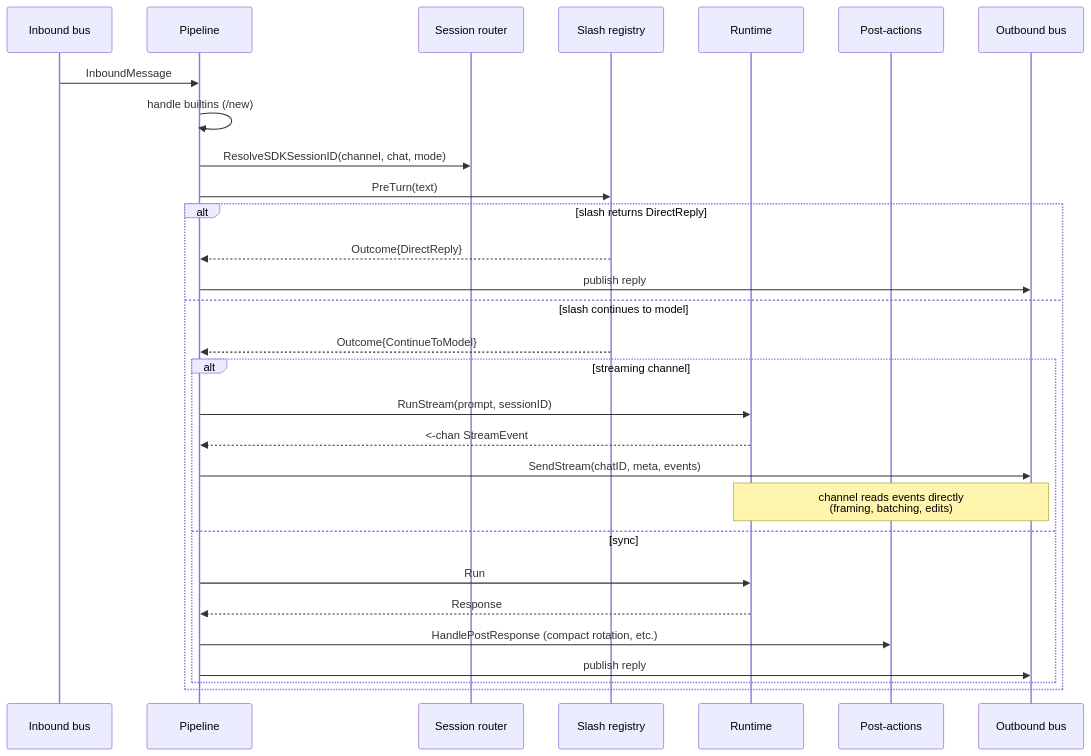
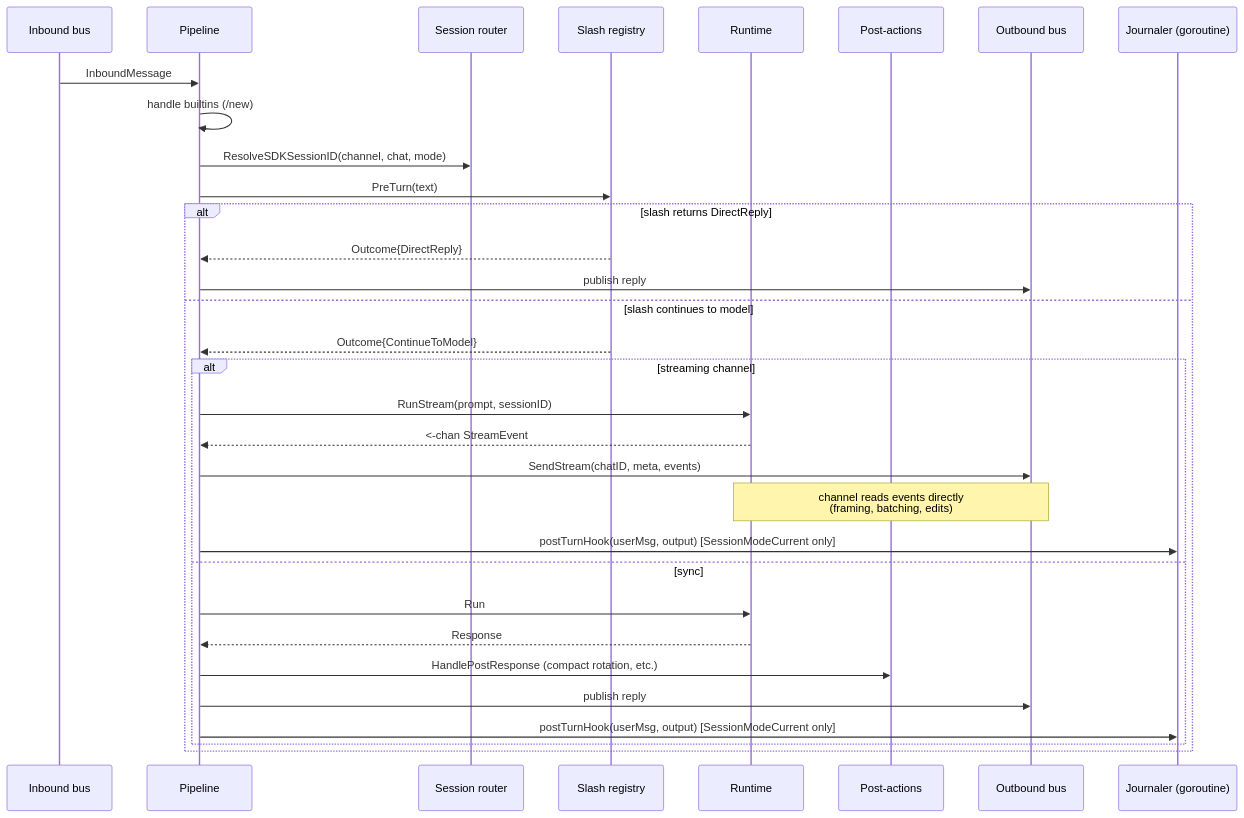
The diagram in docs/concepts/pipeline.md (ageneralai/maven), drawn with Mermaid before and after one commit. The commit also changed other lines of this file and 2 other files, not shown here.

````diff
--- a/docs/concepts/pipeline.md
+++ b/docs/concepts/pipeline.md
@@ -23,31 +23,34 @@
 ```mermaid
 sequenceDiagram
     participant Bus as Inbound bus
     participant P as Pipeline
     participant Sess as Session router
     participant Slash as Slash registry
     participant RT as Runtime
     participant Post as Post-actions
     participant Out as Outbound bus
+    participant J as Journaler (goroutine)
     Bus->>P: InboundMessage
     P->>P: handle builtins (/new)
     P->>Sess: ResolveSDKSessionID(channel, chat, mode)
     P->>Slash: PreTurn(text)
     alt slash returns DirectReply
         Slash-->>P: Outcome{DirectReply}
         P->>Out: publish reply
     else slash continues to model
         Slash-->>P: Outcome{ContinueToModel}
         alt streaming channel
             P->>RT: RunStream(prompt, sessionID)
             RT-->>P: <-chan StreamEvent
             P->>Out: SendStream(chatID, meta, events)
             Note over Out,RT: channel reads events directly<br/>(framing, batching, edits)
+            P->>J: postTurnHook(userMsg, output) [SessionModeCurrent only]
         else sync
             P->>RT: Run
             RT-->>P: Response
             P->>Post: HandlePostResponse (compact rotation, etc.)
             P->>Out: publish reply
+            P->>J: postTurnHook(userMsg, output) [SessionModeCurrent only]
         end
     end
 ```
````
